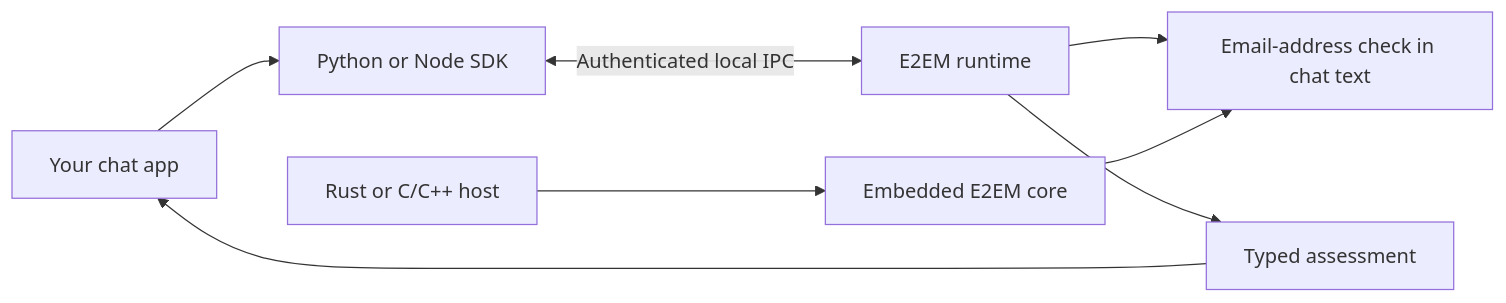
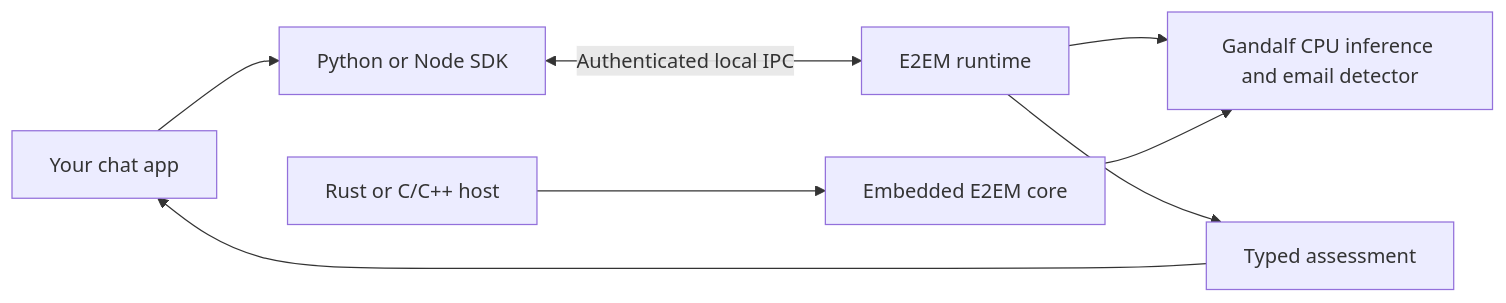
One commit to E2EMorg/e2em changed the first of 2 diagrams in README.md. Above: the diagram before and after it, drawn with Mermaid. The commit also changed other lines of this file and 96 other files, not shown here.

Commit message:
Ship Gandalf model provisioning and native inference in 0.1.2

````diff
--- a/README.md
+++ b/README.md
@@ -63,10 +84,10 @@
 ```mermaid
 flowchart LR
     A[Your chat app] --> B[Python or Node SDK]
     B <-->|Authenticated local IPC| C[E2EM runtime]
-    C --> D[Email-address check in chat text]
+    C --> D[Gandalf CPU inference and email detector]
     C --> E[Typed assessment]
     E --> A
     F[Rust or C/C++ host] --> G[Embedded E2EM core]
     G --> D
 ```
````
